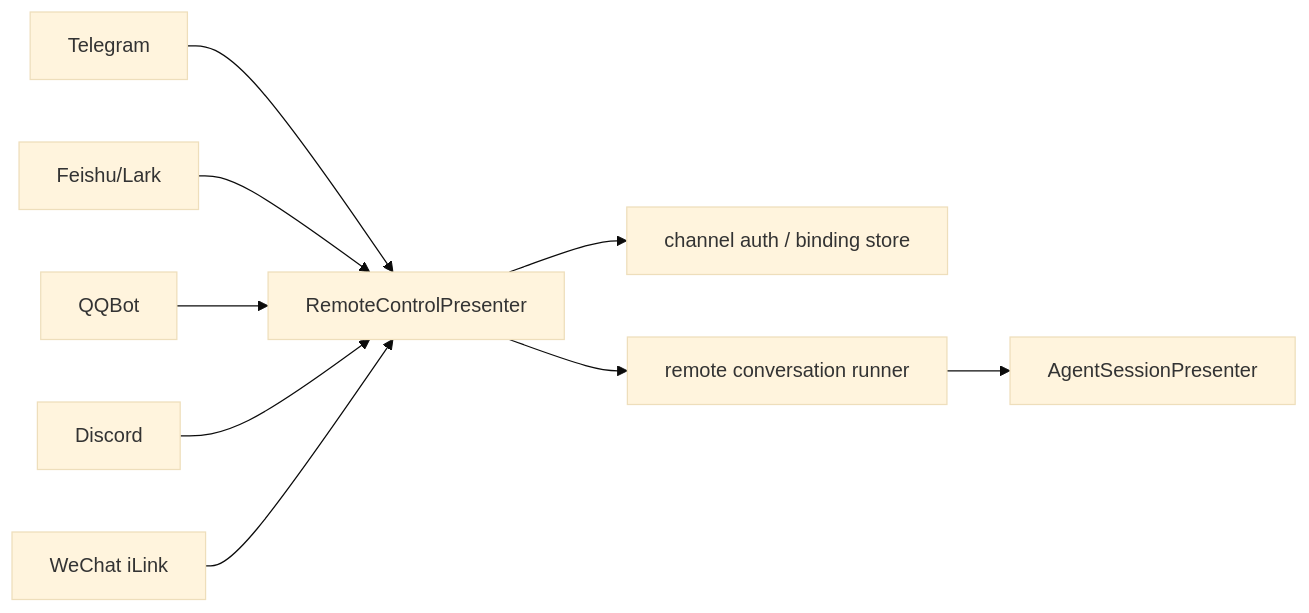
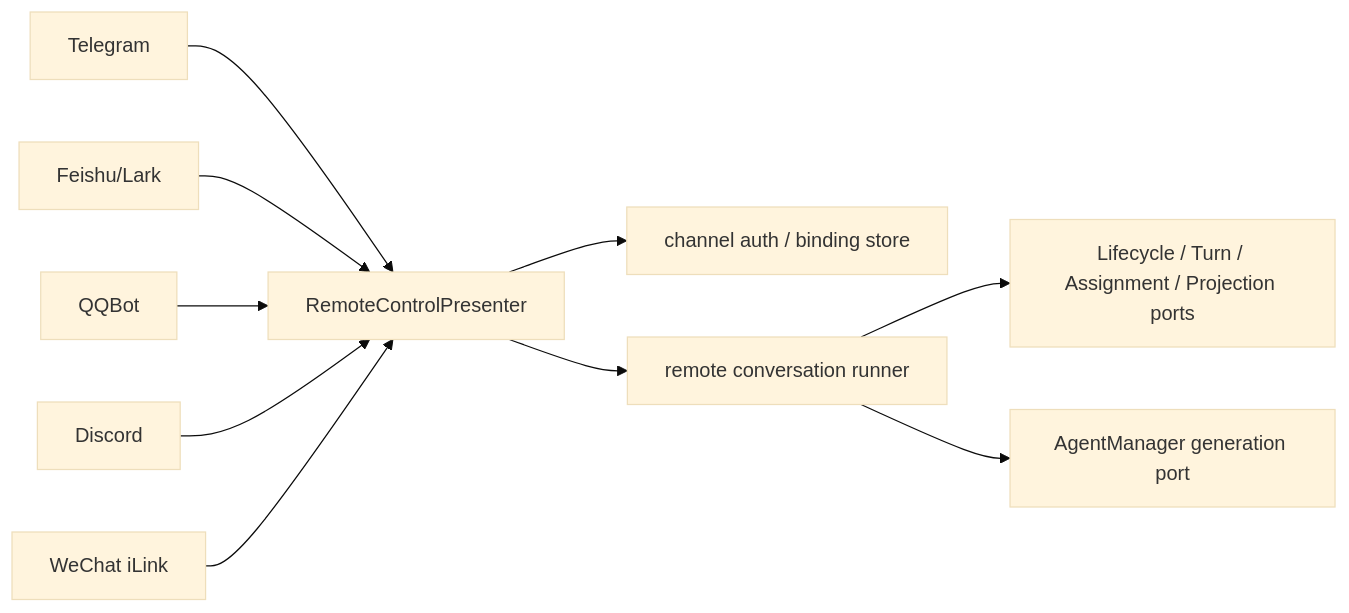
The ninth of 9 diagrams in docs/FLOWS.md (ThinkInAIXYZ/deepchat), drawn with Mermaid (base theme) before and after one commit. The commit also changed other lines of this file and 8 other files, not shown here.

````diff
--- a/docs/FLOWS.md
+++ b/docs/FLOWS.md
@@ -240,11 +244,12 @@
 ```mermaid
 flowchart LR
     Telegram["Telegram"] --> Remote["RemoteControlPresenter"]
     Feishu["Feishu/Lark"] --> Remote
     QQ["QQBot"] --> Remote
     Discord["Discord"] --> Remote
     WeChat["WeChat iLink"] --> Remote
     Remote --> Auth["channel auth / binding store"]
     Remote --> Runner["remote conversation runner"]
-    Runner --> Agent["AgentSessionPresenter"]
+    Runner --> Ports["Lifecycle / Turn / Assignment / Projection ports"]
+    Runner --> Generation["AgentManager generation port"]
 ```
````
